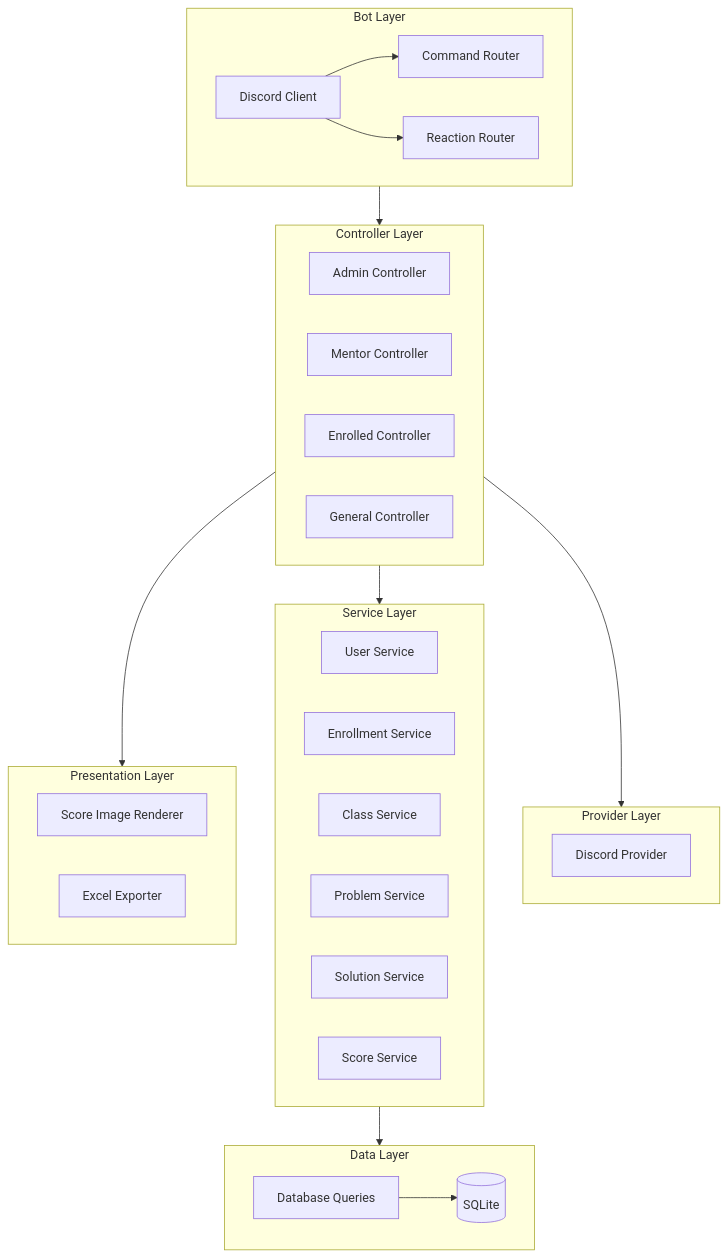
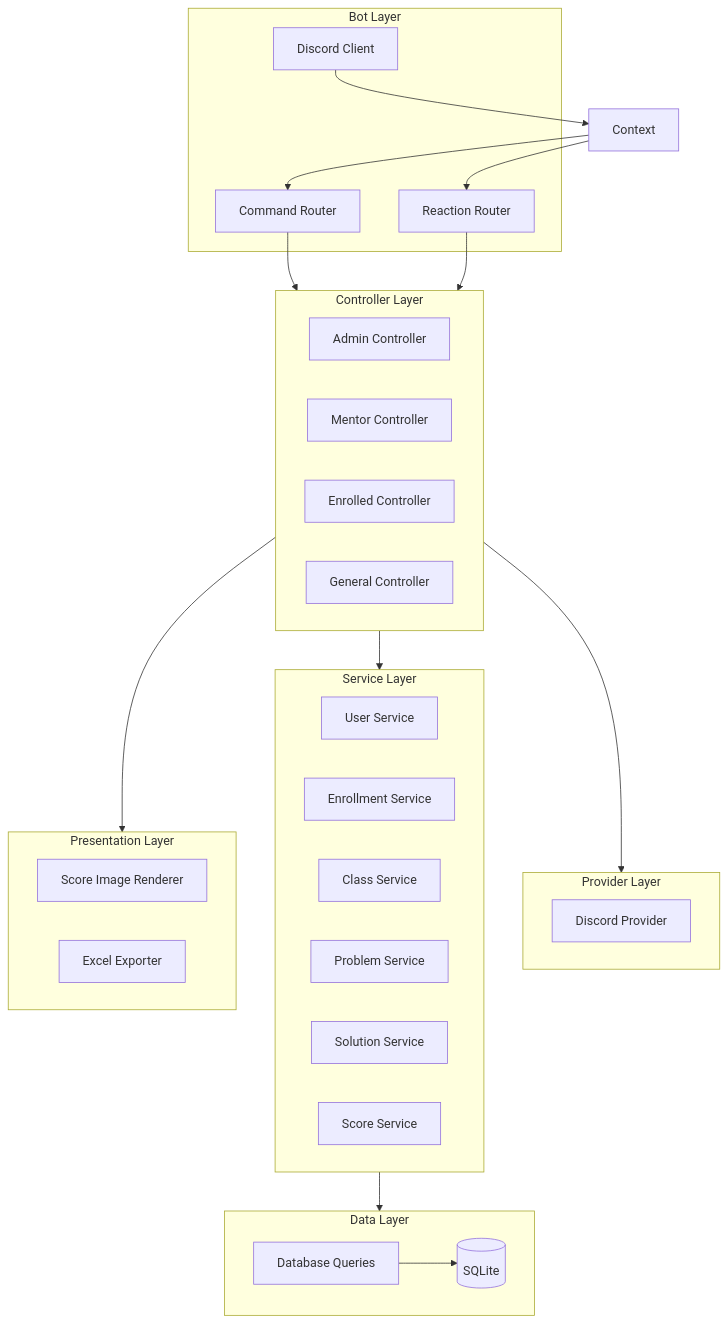
Before and after one commit to JorgeIba/Hurion: the first of 2 diagrams in docs/ARCHITECTURE.md, drawn with Mermaid. The commit also changed other lines of this file and 9 other files, not shown here.

First line of the commit message:
Refactor documentation to centralize AI instructions and update stateless architecture (#35)

````diff
--- a/docs/ARCHITECTURE.md
+++ b/docs/ARCHITECTURE.md
@@ -26,50 +27,52 @@
 ```mermaid
 graph TB
     subgraph BotLayer["Bot Layer"]
         Discord[Discord Client]
         Commands[Command Router]
         Reactions[Reaction Router]
     end
 
     subgraph ControllerLayer["Controller Layer"]
         AdminCtrl[Admin Controller]
         MentorCtrl[Mentor Controller]
         EnrolledCtrl[Enrolled Controller]
         GeneralCtrl[General Controller]
     end
 
     subgraph ProviderLayer["Provider Layer"]
         DiscordProvider[Discord Provider]
     end
 
     subgraph ServiceLayer["Service Layer"]
         UserService[User Service]
         EnrollmentService[Enrollment Service]
         ClassService[Class Service]
         ProblemService[Problem Service]
         SolutionService[Solution Service]
         ScoreService[Score Service]
     end
 
     subgraph DataLayer["Data Layer"]
         Queries[Database Queries]
         DB[(SQLite)]
     end
 
     subgraph PresentationLayer["Presentation Layer"]
         ImageRenderer[Score Image Renderer]
         Excelizer[Excel Exporter]
     end
 
     %% Internal connections
-    Discord --> Commands
-    Discord --> Reactions
+    Discord --> Context
+    Context --> Commands
+    Context --> Reactions
     Queries --> DB
 
     %% Flow between layers
-    BotLayer --> ControllerLayer
+    Commands --> ControllerLayer
+    Reactions --> ControllerLayer
     ControllerLayer --> ProviderLayer
     ControllerLayer --> ServiceLayer
     ControllerLayer --> PresentationLayer
     ServiceLayer --> DataLayer
 ```
````
